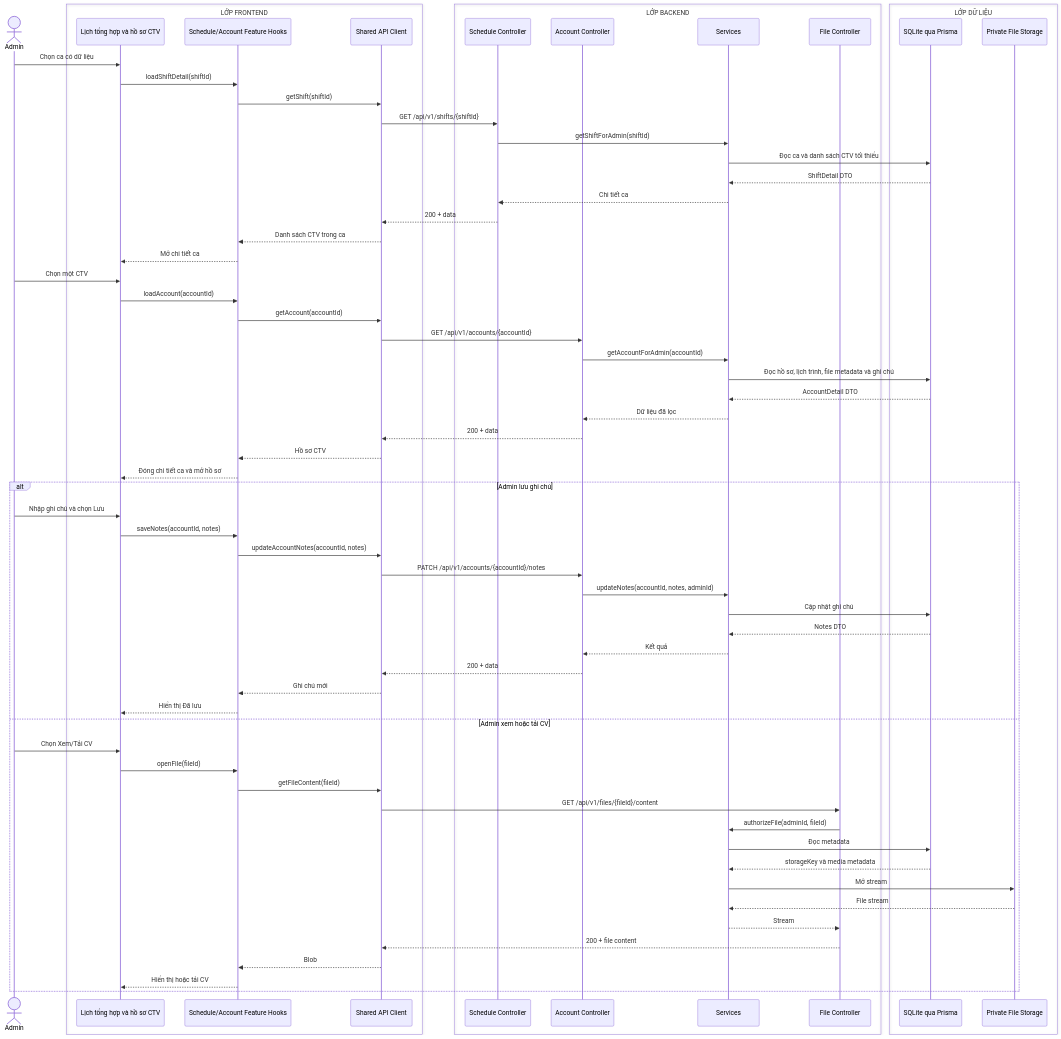
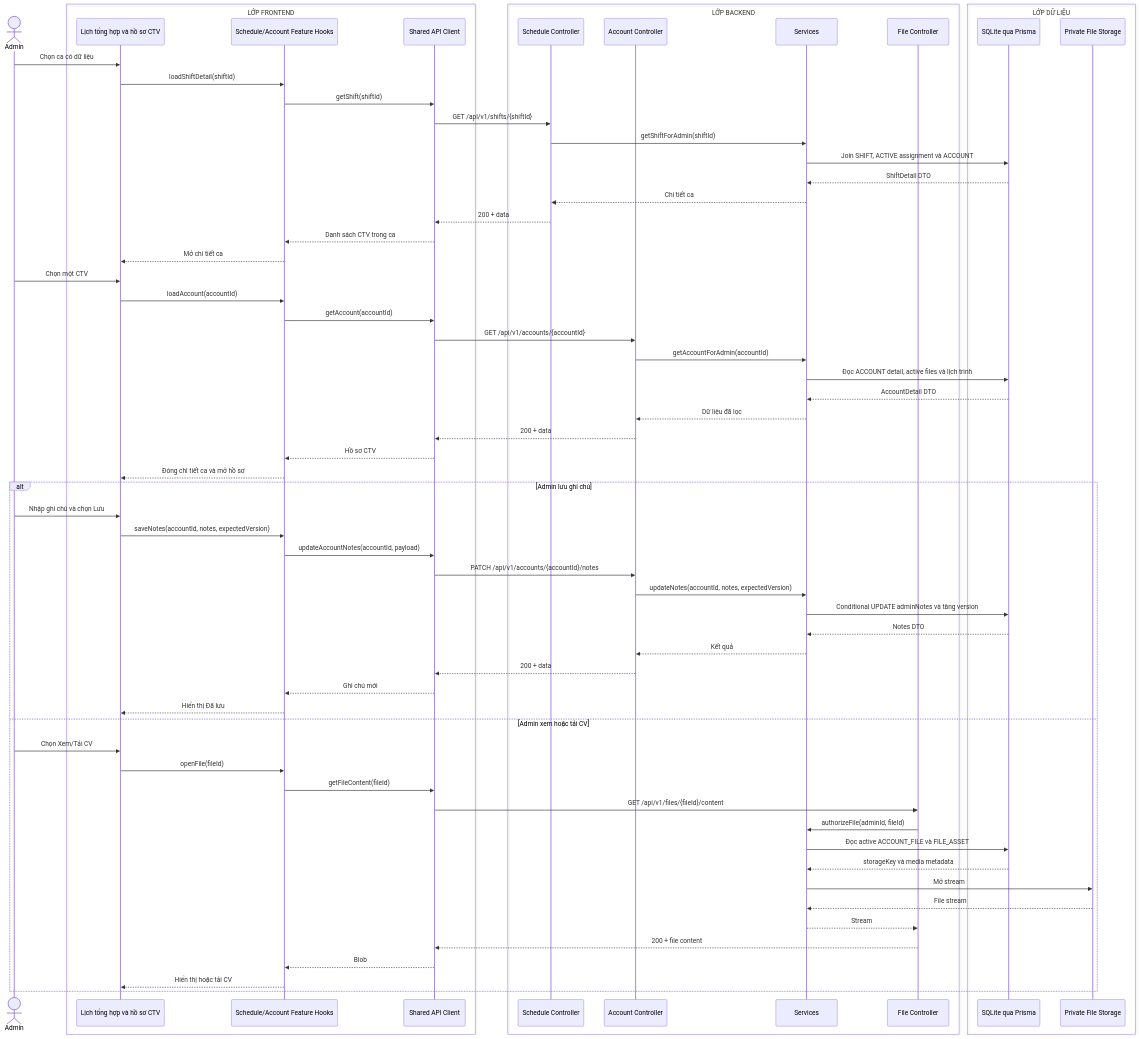
One commit to MINHDZVODICH/ctv-manage changed the diagram in docs/sequence-diagrams/12-xem-chi-tiet-ca-va-ho-so-ctv.md. Above: the diagram before and after it, drawn with Mermaid. The commit also changed other lines of this file and 227 other files, not shown here.

````diff
--- a/docs/sequence-diagrams/12-xem-chi-tiet-ca-va-ho-so-ctv.md
+++ b/docs/sequence-diagrams/12-xem-chi-tiet-ca-va-ho-so-ctv.md
@@ -5,71 +5,71 @@
 ```mermaid
 sequenceDiagram
     actor A as Admin
     box LỚP FRONTEND
         participant UI as Lịch tổng hợp và hồ sơ CTV
         participant H as Schedule/Account Feature Hooks
         participant API as Shared API Client
     end
     box LỚP BACKEND
         participant SC as Schedule Controller
         participant AC as Account Controller
         participant S as Services
         participant FC as File Controller
     end
     box LỚP DỮ LIỆU
         participant DB as SQLite qua Prisma
         participant FS as Private File Storage
     end
 
     A->>UI: Chọn ca có dữ liệu
     UI->>H: loadShiftDetail(shiftId)
     H->>API: getShift(shiftId)
     API->>SC: GET /api/v1/shifts/{shiftId}
     SC->>S: getShiftForAdmin(shiftId)
-    S->>DB: Đọc ca và danh sách CTV tối thiểu
+    S->>DB: Join SHIFT, ACTIVE assignment và ACCOUNT
     DB-->>S: ShiftDetail DTO
     S-->>SC: Chi tiết ca
     SC-->>API: 200 + data
     API-->>H: Danh sách CTV trong ca
     H-->>UI: Mở chi tiết ca
 
     A->>UI: Chọn một CTV
     UI->>H: loadAccount(accountId)
     H->>API: getAccount(accountId)
     API->>AC: GET /api/v1/accounts/{accountId}
     AC->>S: getAccountForAdmin(accountId)
-    S->>DB: Đọc hồ sơ, lịch trình, file metadata và ghi chú
+    S->>DB: Đọc ACCOUNT detail, active files và lịch trình
     DB-->>S: AccountDetail DTO
     S-->>AC: Dữ liệu đã lọc
     AC-->>API: 200 + data
     API-->>H: Hồ sơ CTV
     H-->>UI: Đóng chi tiết ca và mở hồ sơ
 
     alt Admin lưu ghi chú
         A->>UI: Nhập ghi chú và chọn Lưu
-        UI->>H: saveNotes(accountId, notes)
-        H->>API: updateAccountNotes(accountId, notes)
+        UI->>H: saveNotes(accountId, notes, expectedVersion)
+        H->>API: updateAccountNotes(accountId, payload)
         API->>AC: PATCH /api/v1/accounts/{accountId}/notes
-        AC->>S: updateNotes(accountId, notes, adminId)
-        S->>DB: Cập nhật ghi chú
+        AC->>S: updateNotes(accountId, notes, expectedVersion)
+        S->>DB: Conditional UPDATE adminNotes và tăng version
         DB-->>S: Notes DTO
         S-->>AC: Kết quả
         AC-->>API: 200 + data
         API-->>H: Ghi chú mới
         H-->>UI: Hiển thị Đã lưu
     else Admin xem hoặc tải CV
         A->>UI: Chọn Xem/Tải CV
         UI->>H: openFile(fileId)
         H->>API: getFileContent(fileId)
         API->>FC: GET /api/v1/files/{fileId}/content
         FC->>S: authorizeFile(adminId, fileId)
-        S->>DB: Đọc metadata
+        S->>DB: Đọc active ACCOUNT_FILE và FILE_ASSET
         DB-->>S: storageKey và media metadata
         S->>FS: Mở stream
         FS-->>S: File stream
         S-->>FC: Stream
         FC-->>API: 200 + file content
         API-->>H: Blob
         H-->>UI: Hiển thị hoặc tải CV
     end
 ```
````
